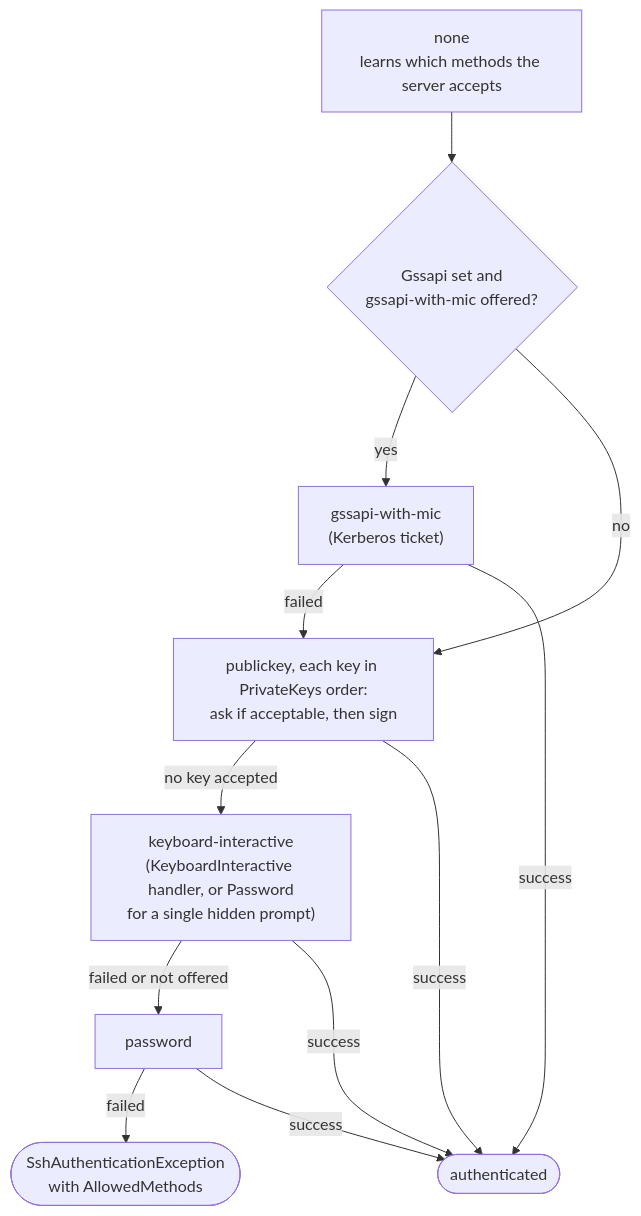
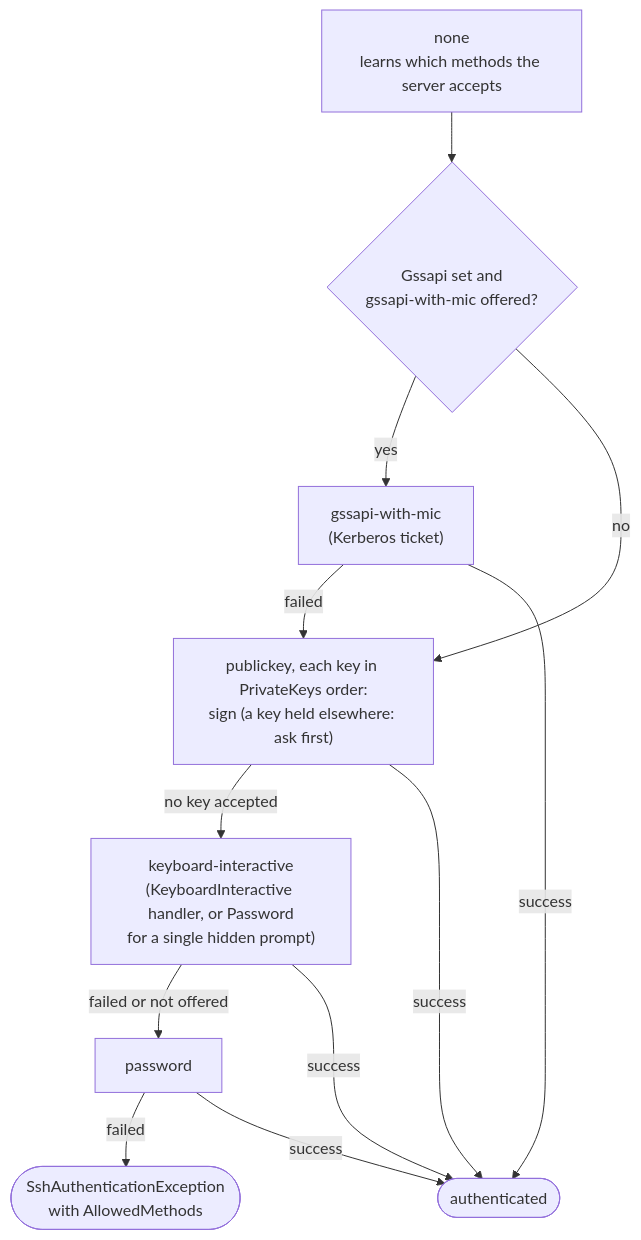
One commit to zcsizmadia/SshSharp changed the first of 2 diagrams in docs/authentication.md. Above: the diagram before and after it, drawn with Mermaid. The commit also changed other lines of this file and 21 other files, not shown here.

First line of the commit message:
Connect latency: sign directly with in-memory keys, optimize the crypto kernels at first call, fairer connect benchmarks (#306)

````diff
--- a/docs/authentication.md
+++ b/docs/authentication.md
@@ -14,14 +14,14 @@
 ```mermaid
 flowchart TD
     none["none<br/>learns which methods the server accepts"] --> gss{"Gssapi set and<br/>gssapi-with-mic offered?"}
     gss -- yes --> kerberos["gssapi-with-mic<br/>(Kerberos ticket)"]
     gss -- no --> keys
-    kerberos -- failed --> keys["publickey, each key in PrivateKeys order:<br/>ask if acceptable, then sign"]
+    kerberos -- failed --> keys["publickey, each key in PrivateKeys order:<br/>sign (a key held elsewhere: ask first)"]
     keys -- "no key accepted" --> kbd["keyboard-interactive<br/>(KeyboardInteractive handler, or Password<br/>for a single hidden prompt)"]
     kbd -- "failed or not offered" --> pw["password"]
     pw -- failed --> fail(["SshAuthenticationException<br/>with AllowedMethods"])
     kerberos -- success --> ok(["authenticated"])
     keys -- success --> ok
     kbd -- success --> ok
     pw -- success --> ok
 ```
````
